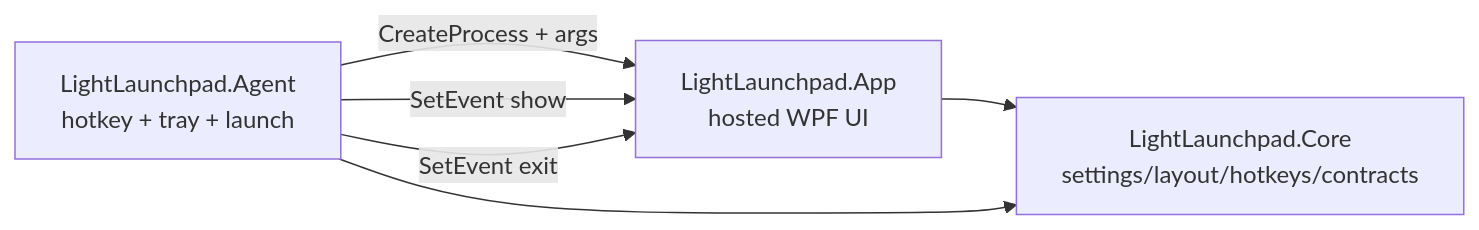
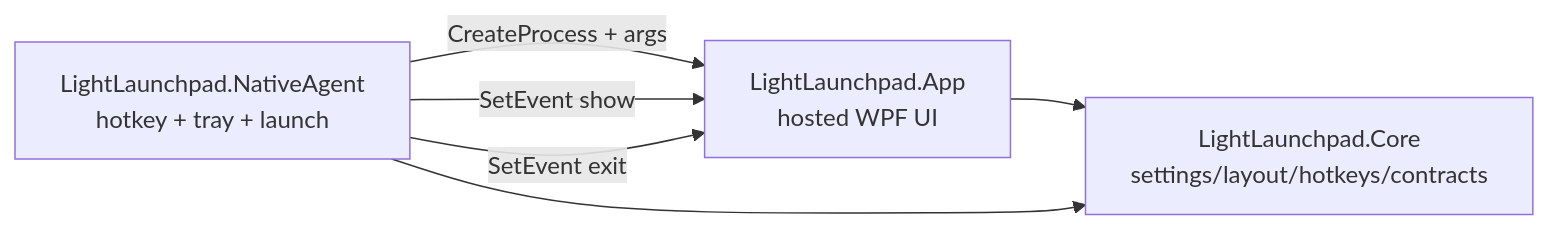
Before and after one commit to thomasthzh/LightLaunchpad: the diagram in docs/ai/requirements-and-route.md, drawn with Mermaid. The commit also changed other lines of this file and 9 other files, not shown here.

Commit message:
feat: add native low-memory launchpad agent

````diff
--- a/docs/ai/requirements-and-route.md
+++ b/docs/ai/requirements-and-route.md
@@ -38,8 +41,8 @@
 ```mermaid
 flowchart LR
-    Agent["LightLaunchpad.Agent\nhotkey + tray + launch"] -->|"CreateProcess + args"| UI["LightLaunchpad.App\nhosted WPF UI"]
+    Agent["LightLaunchpad.NativeAgent\nhotkey + tray + launch"] -->|"CreateProcess + args"| UI["LightLaunchpad.App\nhosted WPF UI"]
     Agent -->|"SetEvent show"| UI
     Agent -->|"SetEvent exit"| UI
     UI --> Core["LightLaunchpad.Core\nsettings/layout/hotkeys/contracts"]
     Agent --> Core
 ```
````
